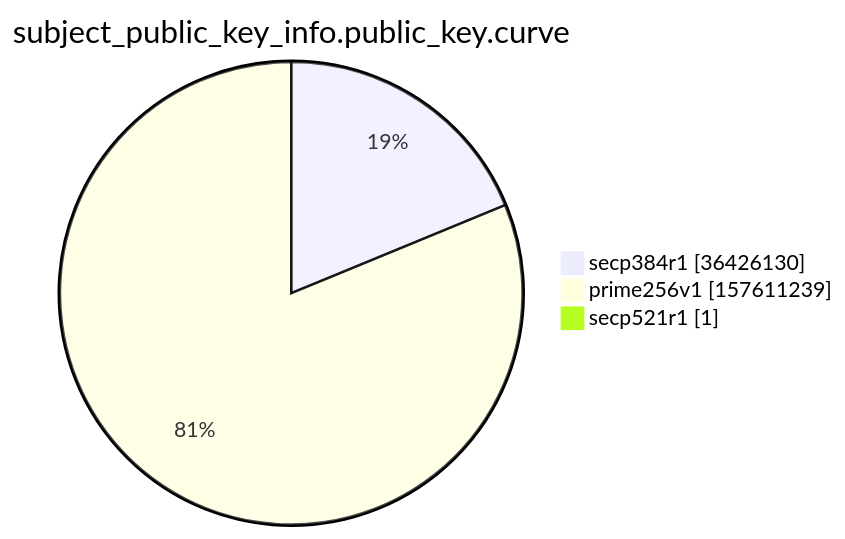
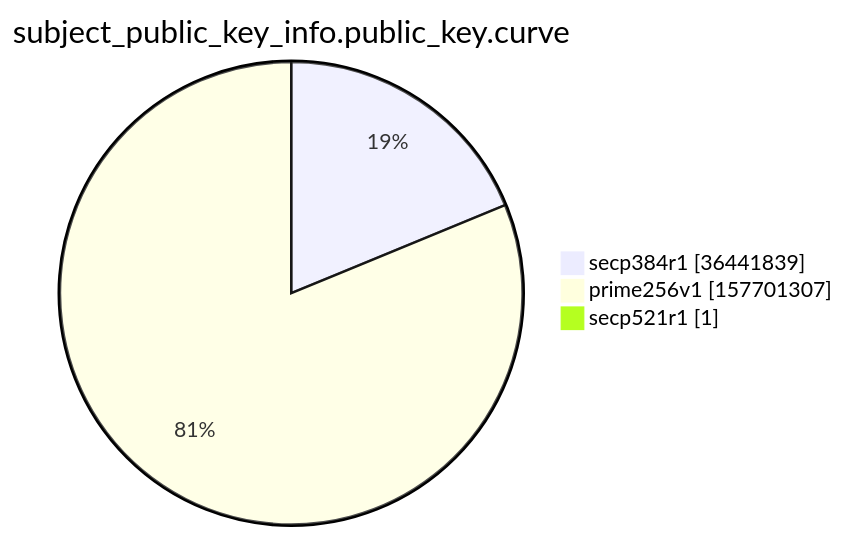
The ninth of 15 diagrams in argon2022/README.md (christiankrug/ctmonitor_visualization), drawn with Mermaid before and after one commit. The commit also changed other lines of this file, not shown here.

````diff
--- a/argon2022/README.md
+++ b/argon2022/README.md
@@ -2766,7 +2766,7 @@
 ```mermaid
 pie showData
 title subject_public_key_info.public_key.curve
-"secp384r1" :36426130
-"prime256v1" :157611239
+"secp384r1" :36441839
+"prime256v1" :157701307
 "secp521r1" :1
 ```
````
